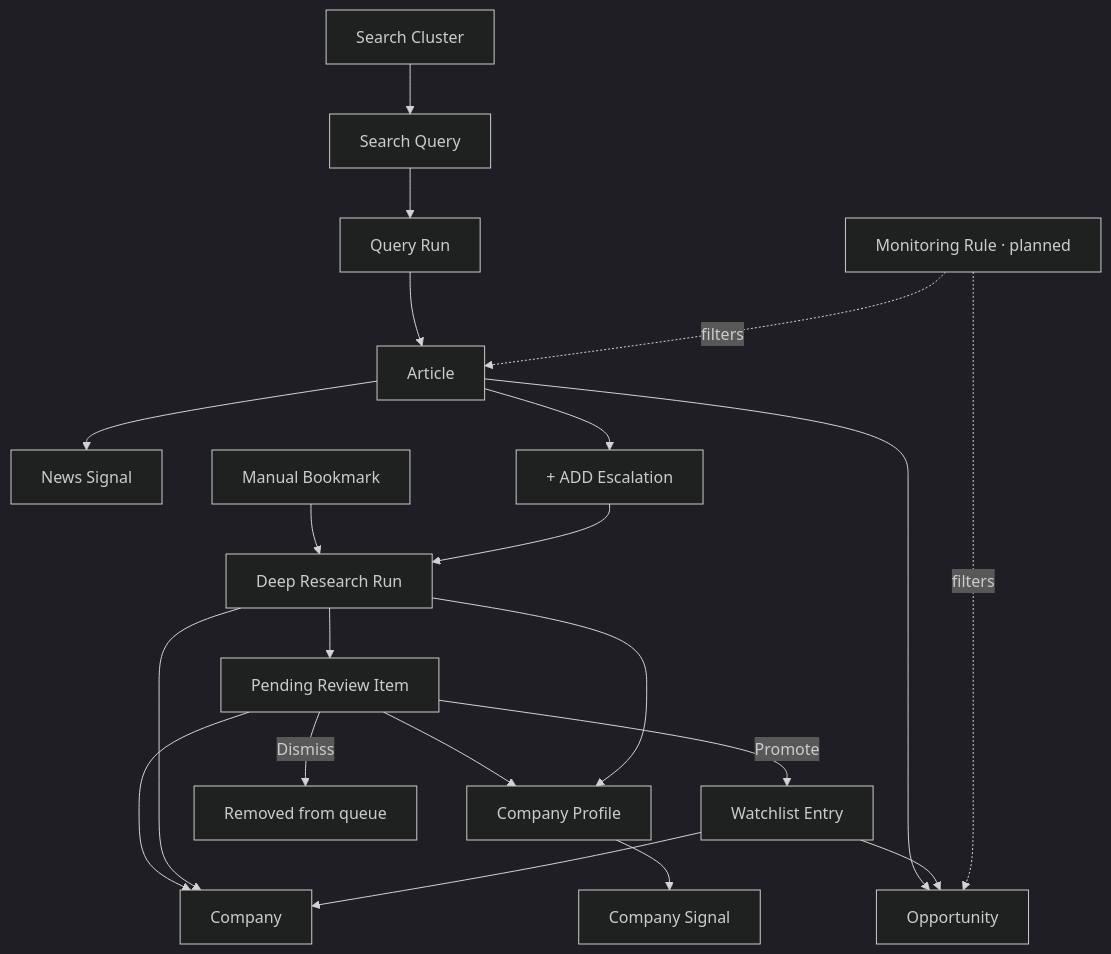
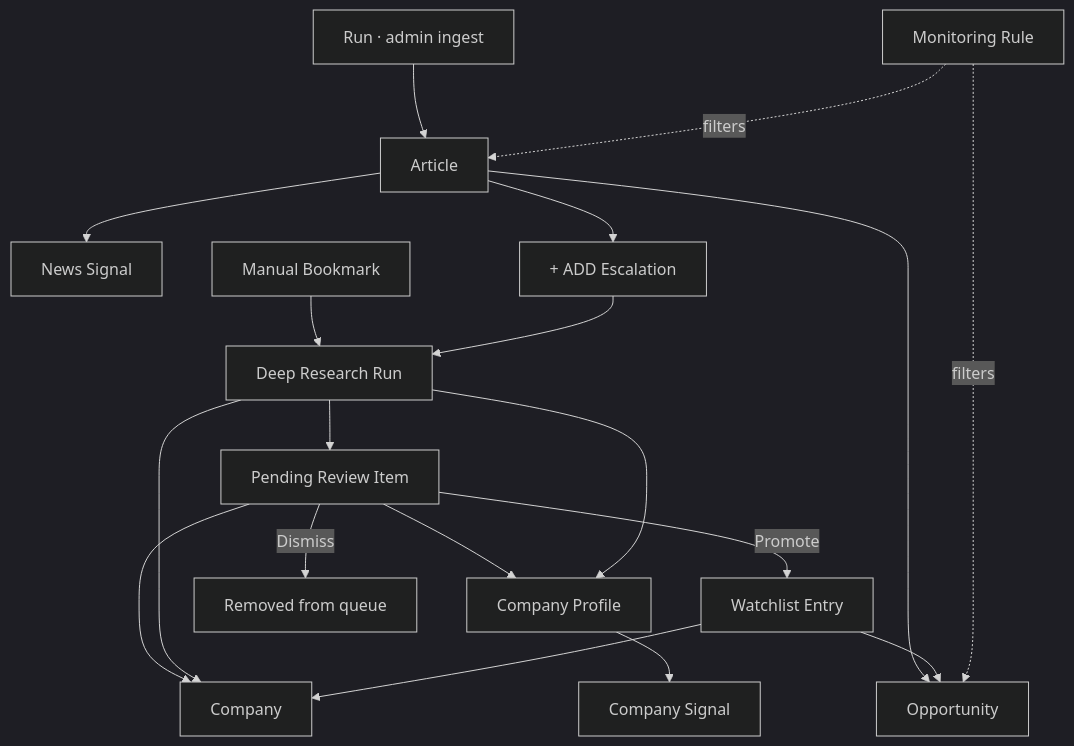
One commit to Growth-Maschine/NORAD-INTEL-ENGINE-V1 changed the fifth of 7 diagrams in docs/phase-1/P1-03.md. Above: the diagram before and after it, drawn with Mermaid (dark theme). The commit also changed other lines of this file and 9 other files, not shown here.

````diff
--- a/docs/phase-1/P1-03.md
+++ b/docs/phase-1/P1-03.md
@@ -314,38 +301,34 @@
 ```mermaid
 flowchart TD
-    SC[Search Cluster]
-    SQ[Search Query]
-    QR[Query Run]
+    RUN[Run · admin ingest]
     ART[Article]
     NS[News Signal]
     ADD[+ ADD Escalation]
     MB[Manual Bookmark]
     DRR[Deep Research Run]
     PR[Pending Review Item]
     CO[Company]
     CP[Company Profile]
     CS[Company Signal]
     WL[Watchlist Entry]
     OPP[Opportunity]
 
-    SC --> SQ
-    SQ --> QR
-    QR --> ART
+    RUN --> ART
     ART --> NS
     ART --> ADD
     MB --> DRR
     ADD --> DRR
     DRR --> PR
     PR --> CO
     PR --> CP
     DRR --> CO
     DRR --> CP
     CP --> CS
     PR -->|Promote| WL
     PR -->|Dismiss| X[Removed from queue]
     WL --> CO
     ART --> OPP
     WL --> OPP
-    MR[Monitoring Rule · planned] -.->|filters| ART
+    MR[Monitoring Rule] -.->|filters| ART
     MR -.->|filters| OPP
 ```
````
